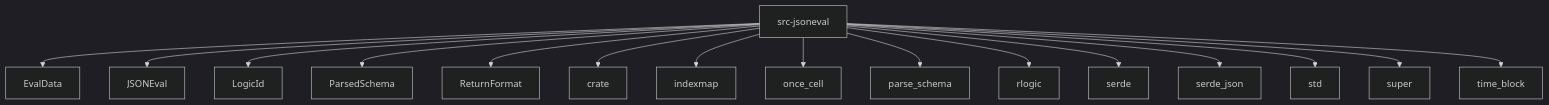
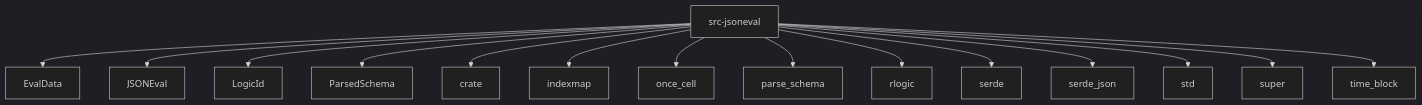
Before and after one commit to byrizki/jsoneval-rs: the diagram in .agentlens/modules/src-jsoneval/imports.md, drawn with Mermaid (dark theme). The commit also changed other lines of this file and 87 other files, not shown here.

````diff
--- a/.agentlens/modules/src-jsoneval/imports.md
+++ b/.agentlens/modules/src-jsoneval/imports.md
@@ -7,18 +7,17 @@
 ```mermaid
 graph TD
     src_jsoneval[src-jsoneval] --> EvalData[EvalData]
     src_jsoneval[src-jsoneval] --> JSONEval[JSONEval]
     src_jsoneval[src-jsoneval] --> LogicId[LogicId]
     src_jsoneval[src-jsoneval] --> ParsedSchema[ParsedSchema]
-    src_jsoneval[src-jsoneval] --> ReturnFormat[ReturnFormat]
     src_jsoneval[src-jsoneval] --> crate[crate]
     src_jsoneval[src-jsoneval] --> indexmap[indexmap]
     src_jsoneval[src-jsoneval] --> once_cell[once_cell]
     src_jsoneval[src-jsoneval] --> parse_schema[parse_schema]
     src_jsoneval[src-jsoneval] --> rlogic[rlogic]
     src_jsoneval[src-jsoneval] --> serde[serde]
     src_jsoneval[src-jsoneval] --> serde_json[serde_json]
     src_jsoneval[src-jsoneval] --> std[std]
     src_jsoneval[src-jsoneval] --> super[super]
     src_jsoneval[src-jsoneval] --> time_block[time_block]
 ```
````
